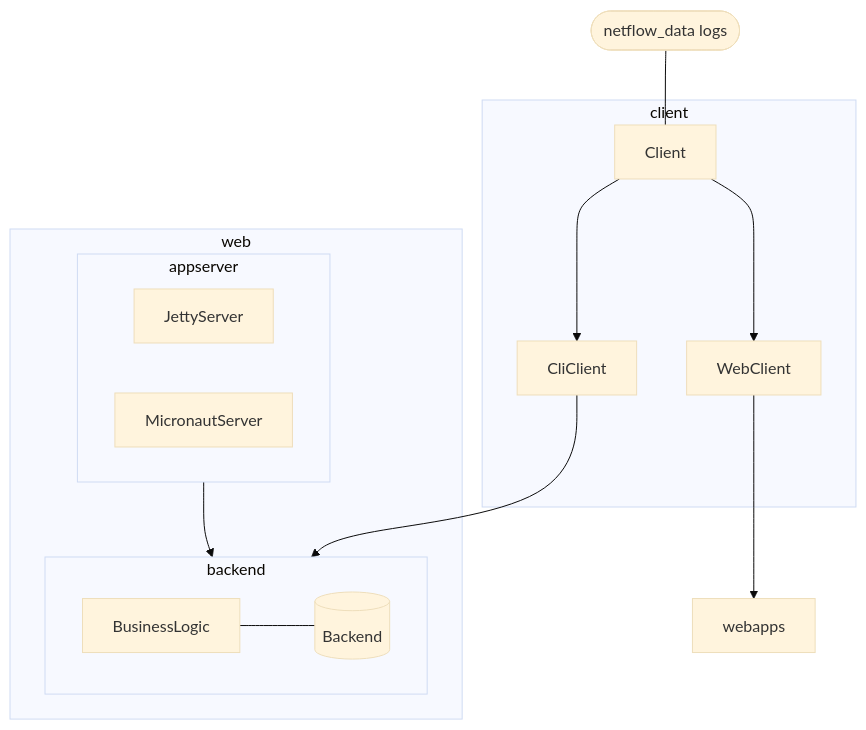
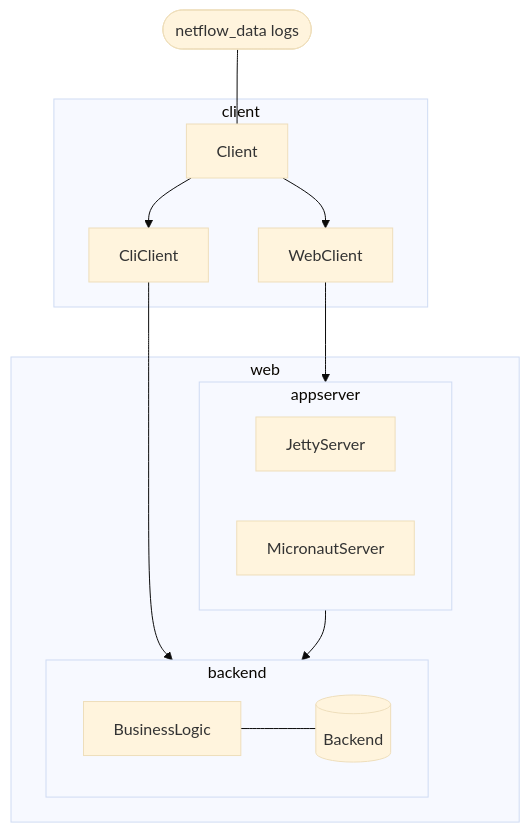
The diagram in readme.md (jaokim/inside-java-dumpster), drawn with Mermaid (base theme) before and after one commit.

````diff
--- a/readme.md
+++ b/readme.md
@@ -14,26 +14,26 @@
 ```mermaid
 flowchart TD
   nf([netflow_data logs]) --- Client
-  WebClient --> webapps
+  WebClient --> appserver
   CliClient --> backend
   subgraph client
     Client --> WebClient
     Client --> CliClient
   end
   subgraph web
   subgraph appserver
     JettyServer
     MicronautServer
   end
   appserver --> backend
   subgraph backend
     BusinessLogic --- bd[(Backend)]
   end
   end
   click Client "https://github.com/jaokim/inside-java-dumpster/tree/main/Client"
   click WebClient "https://github.com/jaokim/inside-java-dumpster/tree/main/WebClient"
   click CliClient "https://github.com/jaokim/inside-java-dumpster/tree/main/CliClient"
   click BusinessLogic "https://github.com/jaokim/inside-java-dumpster/tree/main/BusinessLogic"
   click MicronautServer "https://github.com/jaokim/inside-java-dumpster/tree/main/MicronautServer"
   click JettyServer "https://github.com/jaokim/inside-java-dumpster/tree/main/JettyServer"
 ```
````
